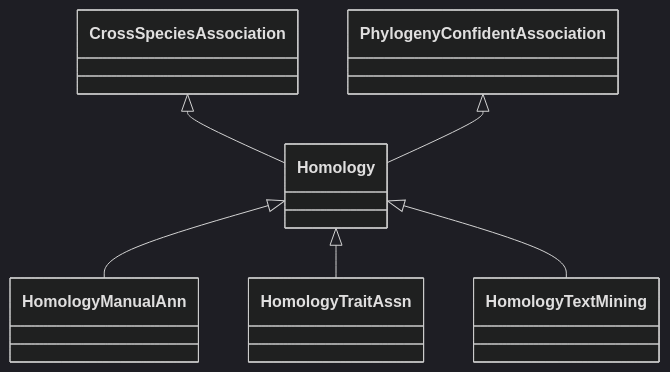
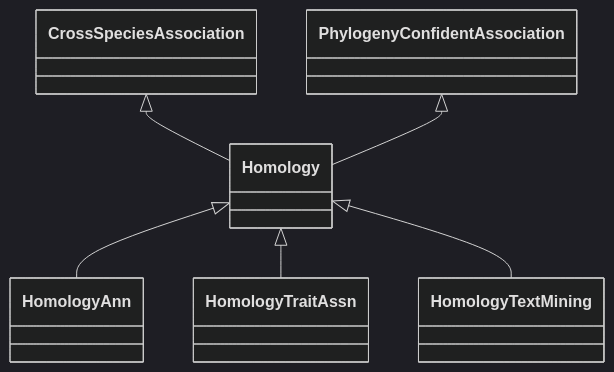
One commit to KnetMiner/knetminer-schemas changed the diagram in semantic-motif-taxonomy/knet-motif-categories-doc/Homology.md. Above: the diagram before and after it, drawn with Mermaid (dark theme). The commit also changed other lines of this file and 29 other files, not shown here.

````diff
--- a/semantic-motif-taxonomy/knet-motif-categories-doc/Homology.md
+++ b/semantic-motif-taxonomy/knet-motif-categories-doc/Homology.md
@@ -27,20 +27,20 @@
 ```mermaid
  classDiagram
     class Homology
     click Homology href "../Homology"
       CrossSpeciesAssociation <|-- Homology
         click CrossSpeciesAssociation href "../CrossSpeciesAssociation"
       PhylogenyConfidentAssociation <|-- Homology
         click PhylogenyConfidentAssociation href "../PhylogenyConfidentAssociation"
       
 
-      Homology <|-- HomologyManualAnn
-        click HomologyManualAnn href "../HomologyManualAnn"
+      Homology <|-- HomologyAnn
+        click HomologyAnn href "../HomologyAnn"
       Homology <|-- HomologyTraitAssn
         click HomologyTraitAssn href "../HomologyTraitAssn"
       Homology <|-- HomologyTextMining
         click HomologyTextMining href "../HomologyTextMining"
       
       
       
 ```
````
